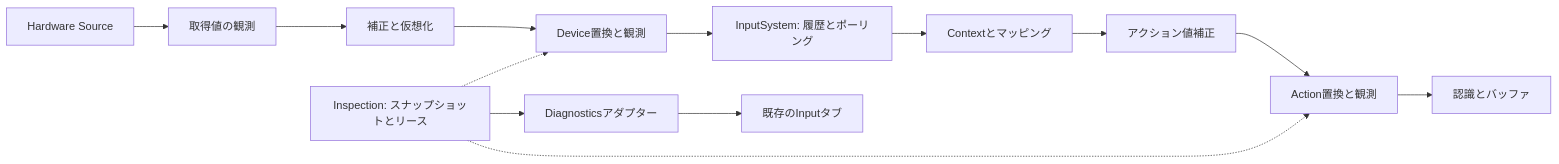
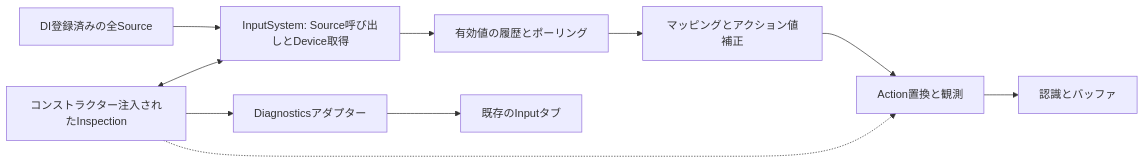
One commit to ikihiki/Lumyte changed the diagram in docs/adr/input/INPUT-0004-diagnostics-and-overrides.md. Above: the diagram before and after it, drawn with Mermaid. The commit also changed other lines of this file, not shown here.

Commit message:
docs(input): inject inspection directly into InputSystem

````diff
--- a/docs/adr/input/INPUT-0004-diagnostics-and-overrides.md
+++ b/docs/adr/input/INPUT-0004-diagnostics-and-overrides.md
@@ -22,15 +22,12 @@
 ```mermaid
 flowchart LR
-    S[Hardware Source] --> R[取得値の観測]
-    R --> C[補正と仮想化]
-    C --> D[Device置換と観測]
-    D --> I[InputSystem: 履歴とポーリング]
-    I --> M[Contextとマッピング]
-    M --> P[アクション値補正]
-    P --> A[Action置換と観測]
+    S[DI登録済みの全Source] --> I[InputSystem: Source呼び出しとDevice取得]
+    O[コンストラクター注入されたInspection] <--> I
+    I --> H[有効値の履歴とポーリング]
+    H --> M[マッピングとアクション値補正]
+    M --> A[Action置換と観測]
     A --> G[認識とバッファ]
-    O[Inspection: スナップショットとリース] -.-> D
     O -.-> A
     O --> X[Diagnosticsアダプター]
     X --> U[既存のInputタブ]
 ```
````
